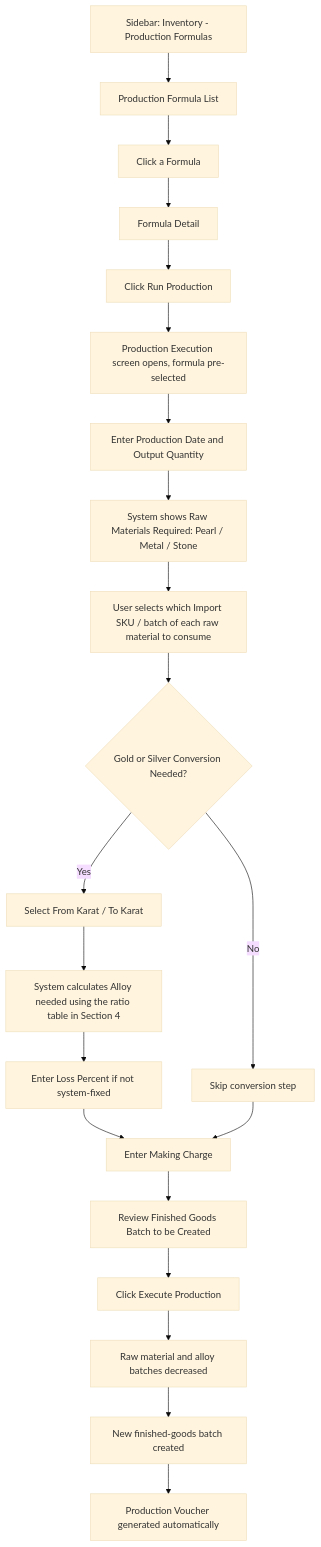
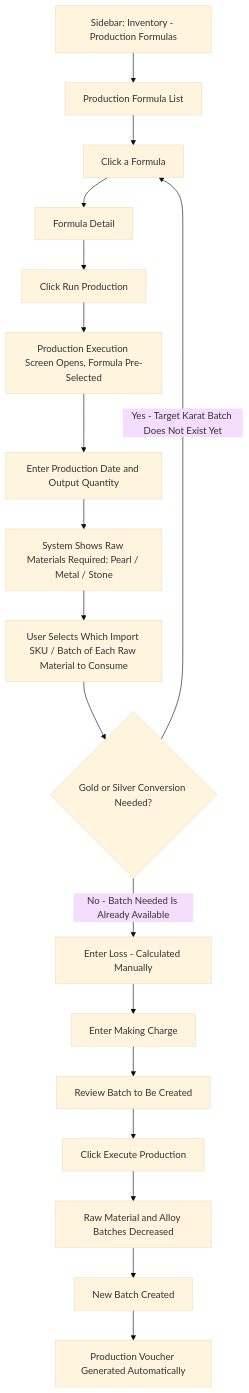
Before and after one commit to Danfe-Solution/docs-kajal-naina: the second of 2 diagrams in 04-Production-UI-Flow.md, drawn with Mermaid (base theme). The commit also changed other lines of this file, not shown here.

````diff
--- a/04-Production-UI-Flow.md
+++ b/04-Production-UI-Flow.md
@@ -117,23 +130,20 @@
 ```mermaid
 graph TD
     A[Sidebar: Inventory - Production Formulas] --> B[Production Formula List]
     B --> C[Click a Formula]
     C --> D[Formula Detail]
     D --> E[Click Run Production]
-    E --> F[Production Execution screen opens, formula pre-selected]
+    E --> F[Production Execution Screen Opens, Formula Pre-Selected]
     F --> G[Enter Production Date and Output Quantity]
-    G --> H[System shows Raw Materials Required: Pearl / Metal / Stone]
-    H --> I[User selects which Import SKU / batch of each raw material to consume]
+    G --> H[System Shows Raw Materials Required: Pearl / Metal / Stone]
+    H --> I[User Selects Which Import SKU / Batch of Each Raw Material to Consume]
     I --> J{Gold or Silver Conversion Needed?}
-    J -->|Yes| K[Select From Karat / To Karat]
-    K --> L[System calculates Alloy needed using the ratio table in Section 4]
-    L --> M[Enter Loss Percent if not system-fixed]
-    J -->|No| N[Skip conversion step]
+    J -->|Yes - Target Karat Batch Does Not Exist Yet| C
+    J -->|No - Batch Needed Is Already Available| M[Enter Loss - Calculated Manually]
     M --> O[Enter Making Charge]
-    N --> O
-    O --> P[Review Finished Goods Batch to be Created]
+    O --> P[Review Batch to Be Created]
     P --> Q[Click Execute Production]
-    Q --> R[Raw material and alloy batches decreased]
-    R --> S[New finished-goods batch created]
-    S --> T[Production Voucher generated automatically]
+    Q --> R[Raw Material and Alloy Batches Decreased]
+    R --> S[New Batch Created]
+    S --> T[Production Voucher Generated Automatically]
 ```
````
